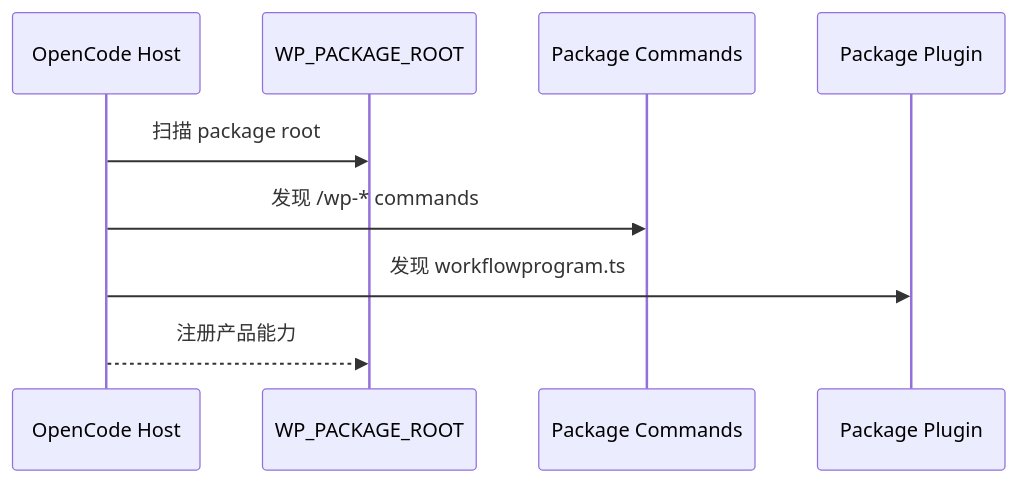
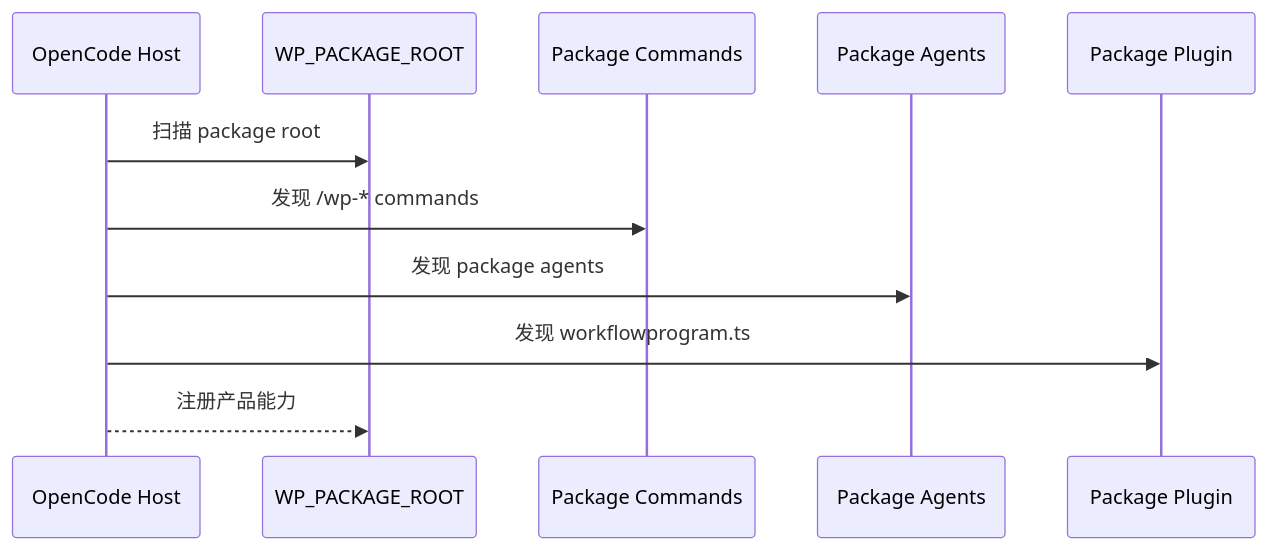
The second of 4 diagrams in design/opencode-v2-lowlevel-design.md (Logic70/workflowprogram-opencode), drawn with Mermaid before and after one commit. The commit also changed other lines of this file and 34 other files, not shown here.

````diff
--- a/design/opencode-v2-lowlevel-design.md
+++ b/design/opencode-v2-lowlevel-design.md
@@ -126,11 +127,13 @@
 ```mermaid
 sequenceDiagram
     participant Host as OpenCode Host
     participant Root as WP_PACKAGE_ROOT
     participant Cmd as Package Commands
+    participant Agent as Package Agents
     participant Plug as Package Plugin
     Host->>Root: 扫描 package root
     Host->>Cmd: 发现 /wp-* commands
+    Host->>Agent: 发现 package agents
     Host->>Plug: 发现 workflowprogram.ts
     Host-->>Root: 注册产品能力
 ```
````
